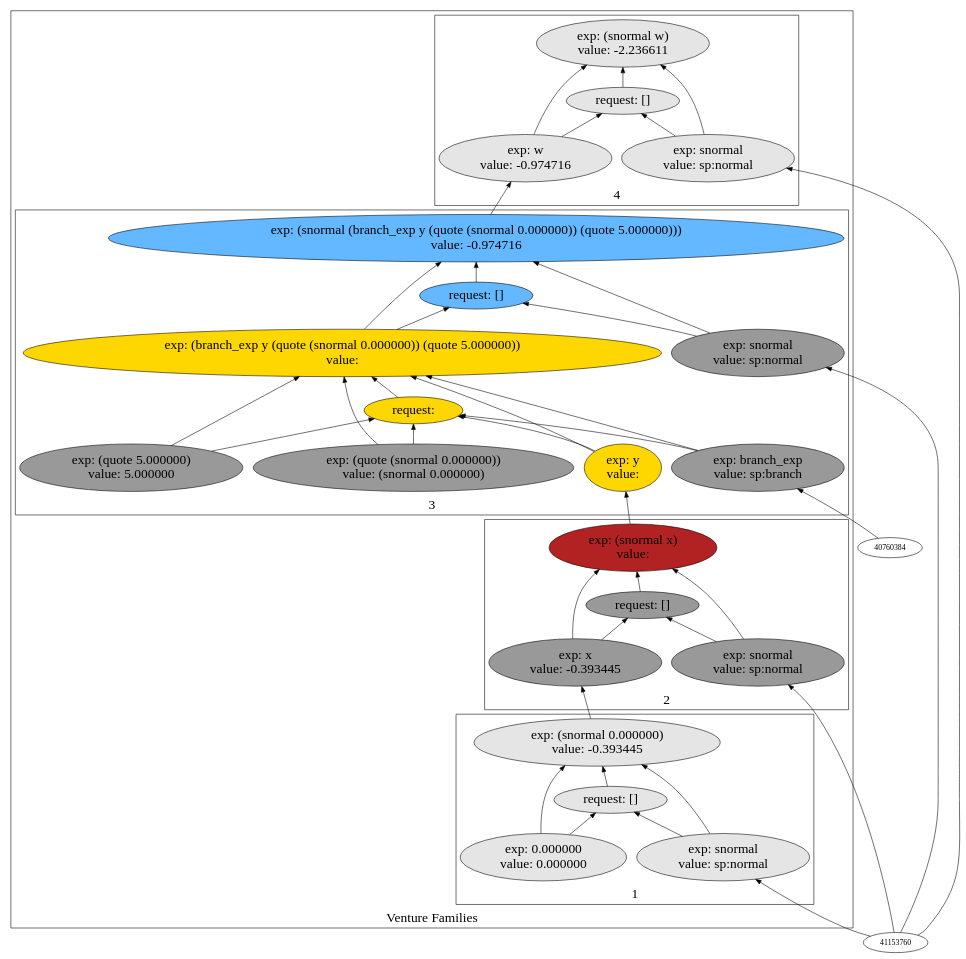
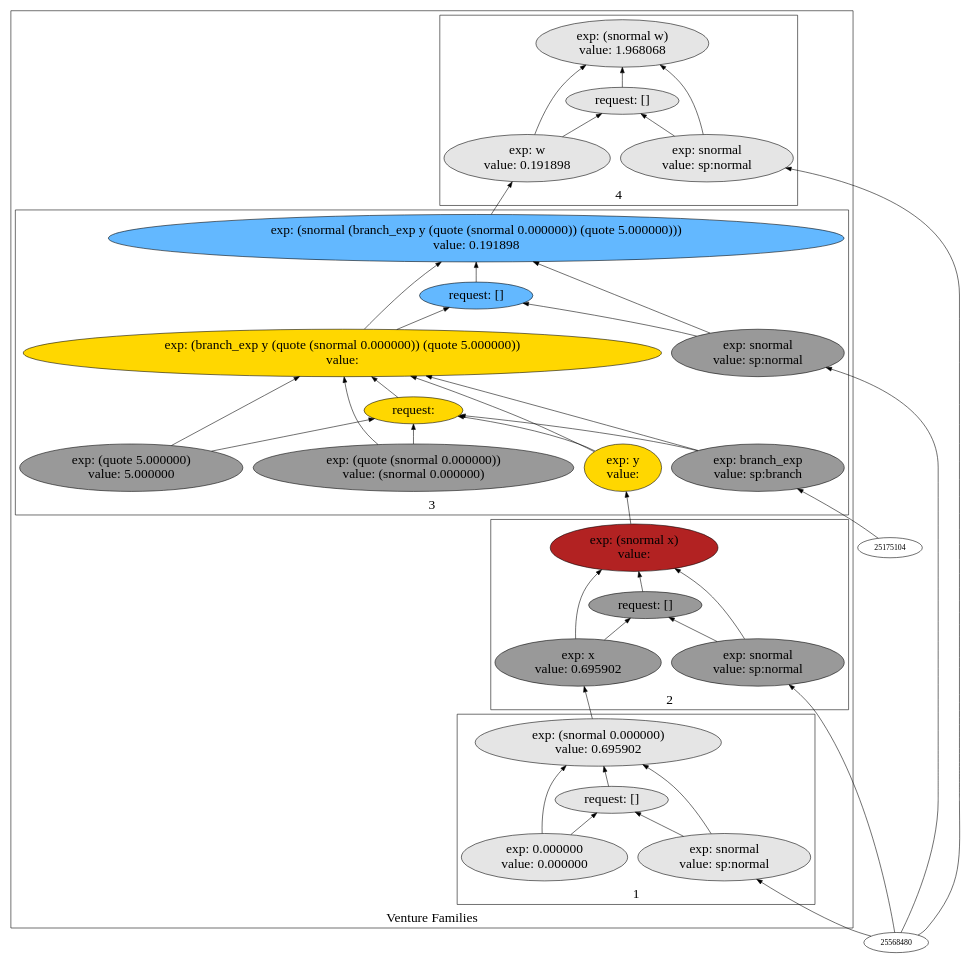
Before and after one commit to probcomp/Venturecxx: the diagram in backend/cxx/pdf_graphs/partition/dot13.dot, drawn with Graphviz. The commit also changed 326 other files, not shown here.

```diff
--- a/backend/cxx/pdf_graphs/partition/dot13.dot
+++ b/backend/cxx/pdf_graphs/partition/dot13.dot
@@ -1,83 +1,83 @@
 digraph {
 rankdir=BT
 fontsize=24
 subgraph cluster1 {
 label="Venture Families"
 subgraph cluster2 {
 label="1"
-"37726128"["fillcolor"="grey90" "fontsize"="24" "label"="exp: (snormal 0.000000)\nvalue: -0.393445" "shape"="ellipse" "style"="filled" ]
-"42212608"["fillcolor"="grey90" "fontsize"="24" "label"="request: []" "shape"="ellipse" "style"="filled" ]
-"36870592"["fillcolor"="grey90" "fontsize"="24" "label"="exp: snormal\nvalue: sp:normal" "shape"="ellipse" "style"="filled" ]
-"33142112"["fillcolor"="grey90" "fontsize"="24" "label"="exp: 0.000000\nvalue: 0.000000" "shape"="ellipse" "style"="filled" ]
+"22140848"["fillcolor"="grey90" "fontsize"="24" "label"="exp: (snormal 0.000000)\nvalue: 0.695902" "shape"="ellipse" "style"="filled" ]
+"26627328"["fillcolor"="grey90" "fontsize"="24" "label"="request: []" "shape"="ellipse" "style"="filled" ]
+"21285312"["fillcolor"="grey90" "fontsize"="24" "label"="exp: snormal\nvalue: sp:normal" "shape"="ellipse" "style"="filled" ]
+"17556832"["fillcolor"="grey90" "fontsize"="24" "label"="exp: 0.000000\nvalue: 0.000000" "shape"="ellipse" "style"="filled" ]
 }
 
 subgraph cluster3 {
 label="2"
-"37254784"["fillcolor"="firebrick" "fontsize"="24" "label"="exp: (snormal x)\nvalue: " "shape"="ellipse" "style"="filled" ]
-"37154352"["fillcolor"="grey60" "fontsize"="24" "label"="request: []" "shape"="ellipse" "style"="filled" ]
-"35549456"["fillcolor"="grey60" "fontsize"="24" "label"="exp: snormal\nvalue: sp:normal" "shape"="ellipse" "style"="filled" ]
-"37179568"["fillcolor"="grey60" "fontsize"="24" "label"="exp: x\nvalue: -0.393445" "shape"="ellipse" "style"="filled" ]
+"21669504"["fillcolor"="firebrick" "fontsize"="24" "label"="exp: (snormal x)\nvalue: " "shape"="ellipse" "style"="filled" ]
+"21569072"["fillcolor"="grey60" "fontsize"="24" "label"="request: []" "shape"="ellipse" "style"="filled" ]
+"19964176"["fillcolor"="grey60" "fontsize"="24" "label"="exp: snormal\nvalue: sp:normal" "shape"="ellipse" "style"="filled" ]
+"21594288"["fillcolor"="grey60" "fontsize"="24" "label"="exp: x\nvalue: 0.695902" "shape"="ellipse" "style"="filled" ]
 }
 
 subgraph cluster4 {
 label="3"
-"34848512"["fillcolor"="steelblue1" "fontsize"="24" "label"="exp: (snormal (branch_exp y (quote (snormal 0.000000)) (quote 5.000000)))\nvalue: -0.974716" "shape"="ellipse" "style"="filled" ]
-"36839072"["fillcolor"="steelblue1" "fontsize"="24" "label"="request: []" "shape"="ellipse" "style"="filled" ]
-"36129440"["fillcolor"="grey60" "fontsize"="24" "label"="exp: snormal\nvalue: sp:normal" "shape"="ellipse" "style"="filled" ]
-"36593296"["fillcolor"="gold" "fontsize"="24" "label"="exp: (branch_exp y (quote (snormal 0.000000)) (quote 5.000000))\nvalue: " "shape"="ellipse" "style"="filled" ]
-"36640224"["fillcolor"="gold" "fontsize"="24" "label"="request: " "shape"="ellipse" "style"="filled" ]
-"34747040"["fillcolor"="grey60" "fontsize"="24" "label"="exp: branch_exp\nvalue: sp:branch" "shape"="ellipse" "style"="filled" ]
-"36243120"["fillcolor"="gold" "fontsize"="24" "label"="exp: y\nvalue: " "shape"="ellipse" "style"="filled" ]
-"35112672"["fillcolor"="grey60" "fontsize"="24" "label"="exp: (quote (snormal 0.000000))\nvalue: (snormal 0.000000)" "shape"="ellipse" "style"="filled" ]
-"35588656"["fillcolor"="grey60" "fontsize"="24" "label"="exp: (quote 5.000000)\nvalue: 5.000000" "shape"="ellipse" "style"="filled" ]
+"19263232"["fillcolor"="steelblue1" "fontsize"="24" "label"="exp: (snormal (branch_exp y (quote (snormal 0.000000)) (quote 5.000000)))\nvalue: 0.191898" "shape"="ellipse" "style"="filled" ]
+"21253792"["fillcolor"="steelblue1" "fontsize"="24" "label"="request: []" "shape"="ellipse" "style"="filled" ]
+"20544160"["fillcolor"="grey60" "fontsize"="24" "label"="exp: snormal\nvalue: sp:normal" "shape"="ellipse" "style"="filled" ]
+"21008016"["fillcolor"="gold" "fontsize"="24" "label"="exp: (branch_exp y (quote (snormal 0.000000)) (quote 5.000000))\nvalue: " "shape"="ellipse" "style"="filled" ]
+"21054944"["fillcolor"="gold" "fontsize"="24" "label"="request: " "shape"="ellipse" "style"="filled" ]
+"19161760"["fillcolor"="grey60" "fontsize"="24" "label"="exp: branch_exp\nvalue: sp:branch" "shape"="ellipse" "style"="filled" ]
+"20657840"["fillcolor"="gold" "fontsize"="24" "label"="exp: y\nvalue: " "shape"="ellipse" "style"="filled" ]
+"19527392"["fillcolor"="grey60" "fontsize"="24" "label"="exp: (quote (snormal 0.000000))\nvalue: (snormal 0.000000)" "shape"="ellipse" "style"="filled" ]
+"20003376"["fillcolor"="grey60" "fontsize"="24" "label"="exp: (quote 5.000000)\nvalue: 5.000000" "shape"="ellipse" "style"="filled" ]
 }
 
 subgraph cluster5 {
 label="4"
-"36828112"["fillcolor"="grey90" "fontsize"="24" "label"="exp: (snormal w)\nvalue: -2.236611" "shape"="ellipse" "style"="filled" ]
-"41282896"["fillcolor"="grey90" "fontsize"="24" "label"="request: []" "shape"="ellipse" "style"="filled" ]
-"35141008"["fillcolor"="grey90" "fontsize"="24" "label"="exp: snormal\nvalue: sp:normal" "shape"="ellipse" "style"="filled" ]
-"35315600"["fillcolor"="grey90" "fontsize"="24" "label"="exp: w\nvalue: -0.974716" "shape"="ellipse" "style"="filled" ]
+"21242832"["fillcolor"="grey90" "fontsize"="24" "label"="exp: (snormal w)\nvalue: 1.968068" "shape"="ellipse" "style"="filled" ]
+"25697616"["fillcolor"="grey90" "fontsize"="24" "label"="request: []" "shape"="ellipse" "style"="filled" ]
+"19555728"["fillcolor"="grey90" "fontsize"="24" "label"="exp: snormal\nvalue: sp:normal" "shape"="ellipse" "style"="filled" ]
+"19730320"["fillcolor"="grey90" "fontsize"="24" "label"="exp: w\nvalue: 0.191898" "shape"="ellipse" "style"="filled" ]
 }
 
 }
 
-"36129440" -> "34848512"["arrowhead"="normal" "color"="black" "constraint"="true" "style"="solid" ]
-"36129440" -> "36839072"["arrowhead"="normal" "color"="black" "constraint"="true" "style"="solid" ]
-"41153760" -> "36129440"["arrowhead"="normal" "color"="black" "constraint"="true" "style"="solid" ]
-"36593296" -> "34848512"["arrowhead"="normal" "color"="black" "constraint"="true" "style"="solid" ]
-"36593296" -> "36839072"["arrowhead"="normal" "color"="black" "constraint"="true" "style"="solid" ]
-"34747040" -> "36593296"["arrowhead"="normal" "color"="black" "constraint"="true" "style"="solid" ]
-"34747040" -> "36640224"["arrowhead"="normal" "color"="black" "constraint"="true" "style"="solid" ]
-"40760384" -> "34747040"["arrowhead"="normal" "color"="black" "constraint"="true" "style"="solid" ]
-"36243120" -> "36593296"["arrowhead"="normal" "color"="black" "constraint"="true" "style"="solid" ]
-"36243120" -> "36640224"["arrowhead"="normal" "color"="black" "constraint"="true" "style"="solid" ]
-"37254784" -> "36243120"["arrowhead"="normal" "color"="black" "constraint"="true" "style"="solid" ]
-"35112672" -> "36593296"["arrowhead"="normal" "color"="black" "constraint"="true" "style"="solid" ]
-"35112672" -> "36640224"["arrowhead"="normal" "color"="black" "constraint"="true" "style"="solid" ]
-"35588656" -> "36593296"["arrowhead"="normal" "color"="black" "constraint"="true" "style"="solid" ]
-"35588656" -> "36640224"["arrowhead"="normal" "color"="black" "constraint"="true" "style"="solid" ]
-"36640224" -> "36593296"["arrowhead"="normal" "color"="black" "constraint"="true" "style"="solid" ]
-"36839072" -> "34848512"["arrowhead"="normal" "color"="black" "constraint"="true" "style"="solid" ]
-"35141008" -> "36828112"["arrowhead"="normal" "color"="black" "constraint"="true" "style"="solid" ]
-"35141008" -> "41282896"["arrowhead"="normal" "color"="black" "constraint"="true" "style"="solid" ]
-"41153760" -> "35141008"["arrowhead"="normal" "color"="black" "constraint"="true" "style"="solid" ]
-"35315600" -> "36828112"["arrowhead"="normal" "color"="black" "constraint"="true" "style"="solid" ]
-"35315600" -> "41282896"["arrowhead"="normal" "color"="black" "constraint"="true" "style"="solid" ]
-"34848512" -> "35315600"["arrowhead"="normal" "color"="black" "constraint"="true" "style"="solid" ]
-"41282896" -> "36828112"["arrowhead"="normal" "color"="black" "constraint"="true" "style"="solid" ]
-"35549456" -> "37254784"["arrowhead"="normal" "color"="black" "constraint"="true" "style"="solid" ]
-"35549456" -> "37154352"["arrowhead"="normal" "color"="black" "constraint"="true" "style"="solid" ]
-"41153760" -> "35549456"["arrowhead"="normal" "color"="black" "constraint"="true" "style"="solid" ]
-"37179568" -> "37254784"["arrowhead"="normal" "color"="black" "constraint"="true" "style"="solid" ]
-"37179568" -> "37154352"["arrowhead"="normal" "color"="black" "constraint"="true" "style"="solid" ]
-"37726128" -> "37179568"["arrowhead"="normal" "color"="black" "constraint"="true" "style"="solid" ]
-"37154352" -> "37254784"["arrowhead"="normal" "color"="black" "constraint"="true" "style"="solid" ]
-"36870592" -> "37726128"["arrowhead"="normal" "color"="black" "constraint"="true" "style"="solid" ]
-"36870592" -> "42212608"["arrowhead"="normal" "color"="black" "constraint"="true" "style"="solid" ]
-"41153760" -> "36870592"["arrowhead"="normal" "color"="black" "constraint"="true" "style"="solid" ]
-"33142112" -> "37726128"["arrowhead"="normal" "color"="black" "constraint"="true" "style"="solid" ]
-"33142112" -> "42212608"["arrowhead"="normal" "color"="black" "constraint"="true" "style"="solid" ]
-"42212608" -> "37726128"["arrowhead"="normal" "color"="black" "constraint"="true" "style"="solid" ]
+"20544160" -> "19263232"["arrowhead"="normal" "color"="black" "constraint"="true" "style"="solid" ]
+"20544160" -> "21253792"["arrowhead"="normal" "color"="black" "constraint"="true" "style"="solid" ]
+"25568480" -> "20544160"["arrowhead"="normal" "color"="black" "constraint"="true" "style"="solid" ]
+"21008016" -> "19263232"["arrowhead"="normal" "color"="black" "constraint"="true" "style"="solid" ]
+"21008016" -> "21253792"["arrowhead"="normal" "color"="black" "constraint"="true" "style"="solid" ]
+"19161760" -> "21008016"["arrowhead"="normal" "color"="black" "constraint"="true" "style"="solid" ]
+"19161760" -> "21054944"["arrowhead"="normal" "color"="black" "constraint"="true" "style"="solid" ]
+"25175104" -> "19161760"["arrowhead"="normal" "color"="black" "constraint"="true" "style"="solid" ]
+"20657840" -> "21008016"["arrowhead"="normal" "color"="black" "constraint"="true" "style"="solid" ]
+"20657840" -> "21054944"["arrowhead"="normal" "color"="black" "constraint"="true" "style"="solid" ]
+"21669504" -> "20657840"["arrowhead"="normal" "color"="black" "constraint"="true" "style"="solid" ]
+"19527392" -> "21008016"["arrowhead"="normal" "color"="black" "constraint"="true" "style"="solid" ]
+"19527392" -> "21054944"["arrowhead"="normal" "color"="black" "constraint"="true" "style"="solid" ]
+"20003376" -> "21008016"["arrowhead"="normal" "color"="black" "constraint"="true" "style"="solid" ]
+"20003376" -> "21054944"["arrowhead"="normal" "color"="black" "constraint"="true" "style"="solid" ]
+"21054944" -> "21008016"["arrowhead"="normal" "color"="black" "constraint"="true" "style"="solid" ]
+"21253792" -> "19263232"["arrowhead"="normal" "color"="black" "constraint"="true" "style"="solid" ]
+"19555728" -> "21242832"["arrowhead"="normal" "color"="black" "constraint"="true" "style"="solid" ]
+"19555728" -> "25697616"["arrowhead"="normal" "color"="black" "constraint"="true" "style"="solid" ]
+"25568480" -> "19555728"["arrowhead"="normal" "color"="black" "constraint"="true" "style"="solid" ]
+"19730320" -> "21242832"["arrowhead"="normal" "color"="black" "constraint"="true" "style"="solid" ]
+"19730320" -> "25697616"["arrowhead"="normal" "color"="black" "constraint"="true" "style"="solid" ]
+"19263232" -> "19730320"["arrowhead"="normal" "color"="black" "constraint"="true" "style"="solid" ]
+"25697616" -> "21242832"["arrowhead"="normal" "color"="black" "constraint"="true" "style"="solid" ]
+"19964176" -> "21669504"["arrowhead"="normal" "color"="black" "constraint"="true" "style"="solid" ]
+"19964176" -> "21569072"["arrowhead"="normal" "color"="black" "constraint"="true" "style"="solid" ]
+"25568480" -> "19964176"["arrowhead"="normal" "color"="black" "constraint"="true" "style"="solid" ]
+"21594288" -> "21669504"["arrowhead"="normal" "color"="black" "constraint"="true" "style"="solid" ]
+"21594288" -> "21569072"["arrowhead"="normal" "color"="black" "constraint"="true" "style"="solid" ]
+"22140848" -> "21594288"["arrowhead"="normal" "color"="black" "constraint"="true" "style"="solid" ]
+"21569072" -> "21669504"["arrowhead"="normal" "color"="black" "constraint"="true" "style"="solid" ]
+"21285312" -> "22140848"["arrowhead"="normal" "color"="black" "constraint"="true" "style"="solid" ]
+"21285312" -> "26627328"["arrowhead"="normal" "color"="black" "constraint"="true" "style"="solid" ]
+"25568480" -> "21285312"["arrowhead"="normal" "color"="black" "constraint"="true" "style"="solid" ]
+"17556832" -> "22140848"["arrowhead"="normal" "color"="black" "constraint"="true" "style"="solid" ]
+"17556832" -> "26627328"["arrowhead"="normal" "color"="black" "constraint"="true" "style"="solid" ]
+"26627328" -> "22140848"["arrowhead"="normal" "color"="black" "constraint"="true" "style"="solid" ]
 
 }
```
